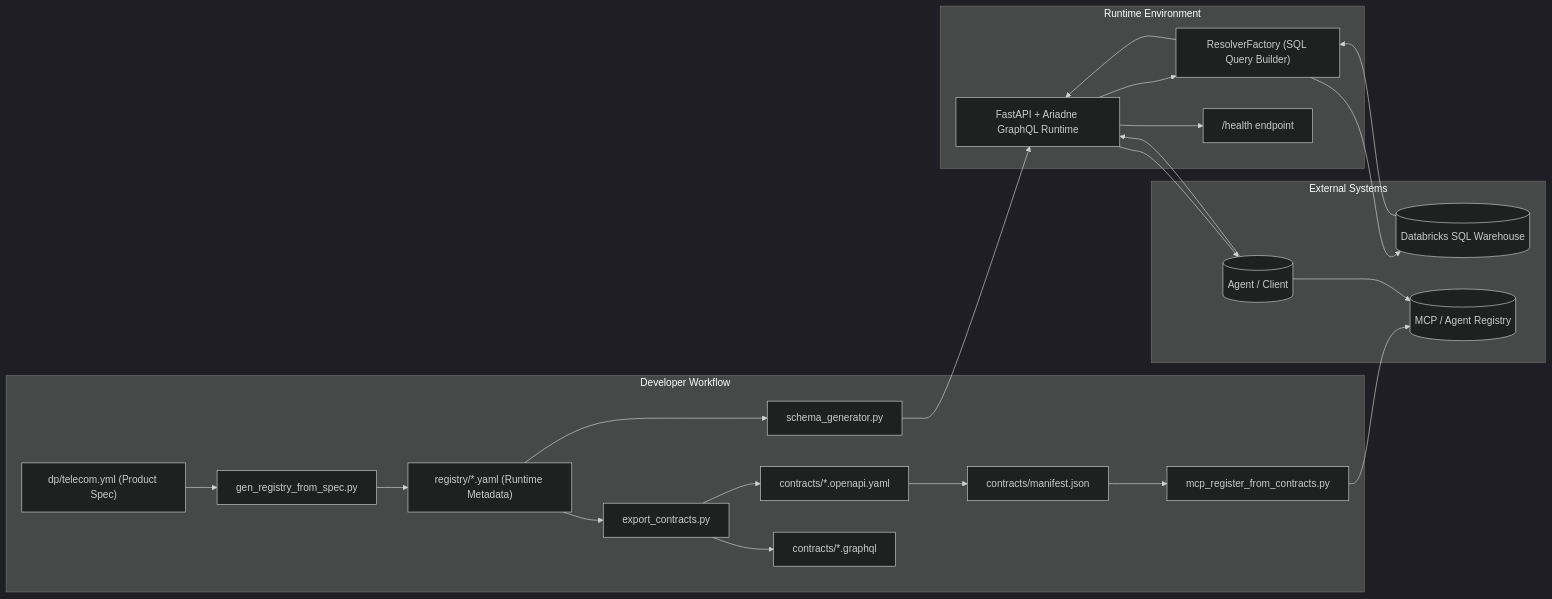
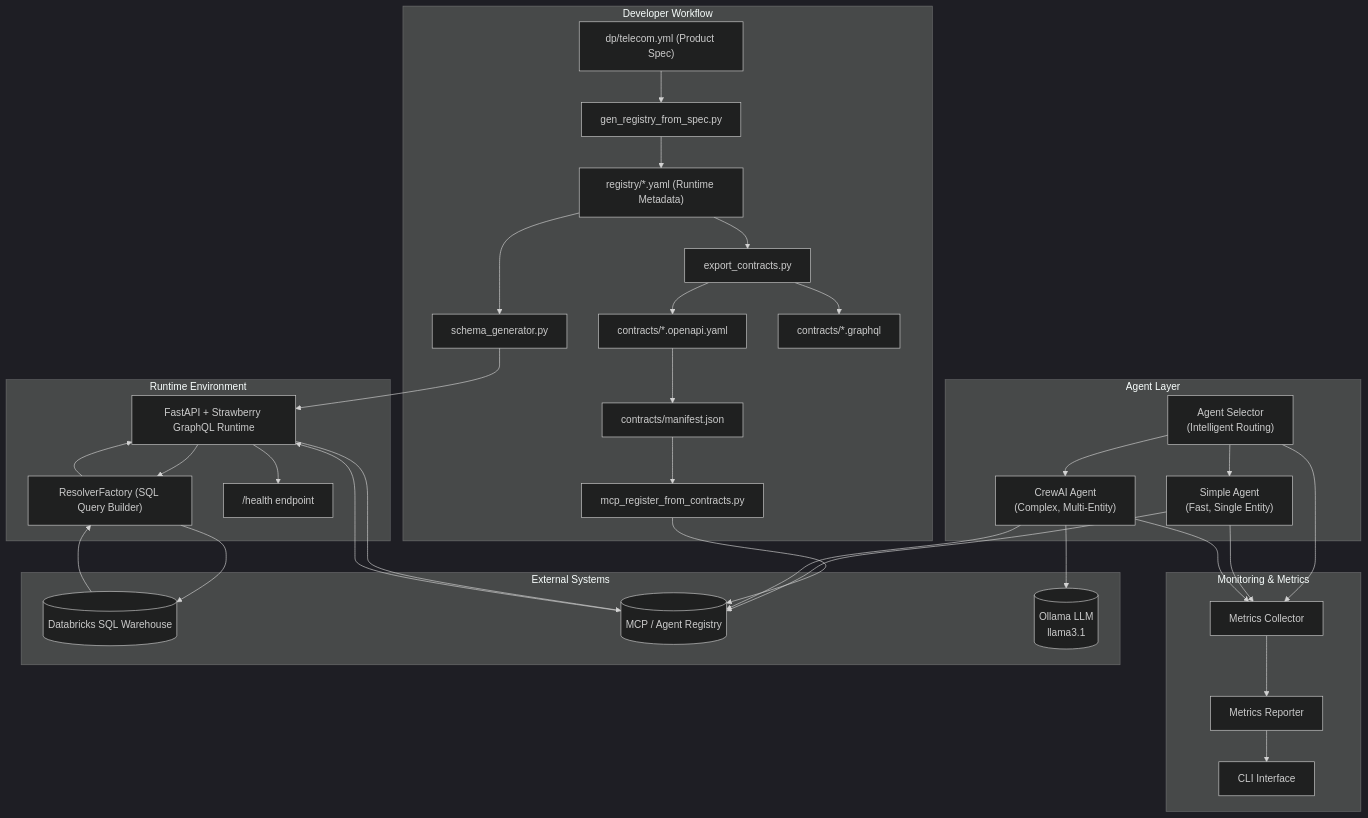
One commit to pmsrao/io-telco changed the second of 2 diagrams in docs/architecture_and_dataflow.md. Above: the diagram before and after it, drawn with Mermaid (dark theme). The commit also changed other lines of this file and 34 other files, not shown here.

Commit message:
Refactor architecture and improve agent performance monitoring

````diff
--- a/docs/architecture_and_dataflow.md
+++ b/docs/architecture_and_dataflow.md
@@ -47,35 +72,59 @@
 ```mermaid
-flowchart LR
+flowchart TD
   subgraph Dev["Developer Workflow"]
     Spec["dp/telecom.yml (Product Spec)"]
     Gen["gen_registry_from_spec.py"]
     Reg["registry/*.yaml (Runtime Metadata)"]
     SG["schema_generator.py"]
     Exp["export_contracts.py"]
     OAS["contracts/*.openapi.yaml"]
     SDL["contracts/*.graphql"]
     Man["contracts/manifest.json"]
     RegScript["mcp_register_from_contracts.py"]
   end
 
   subgraph Runtime["Runtime Environment"]
-    API["FastAPI + Ariadne GraphQL Runtime"]
+    API["FastAPI + Strawberry GraphQL Runtime"]
     RF["ResolverFactory (SQL Query Builder)"]
     Health["/health endpoint"]
+  end
+
+  subgraph AgentLayer["Agent Layer"]
+    AS["Agent Selector<br/>(Intelligent Routing)"]
+    SA["Simple Agent<br/>(Fast, Single Entity)"]
+    CA["CrewAI Agent<br/>(Complex, Multi-Entity)"]
+  end
+
+  subgraph Monitoring["Monitoring & Metrics"]
+    MC["Metrics Collector"]
+    MR["Metrics Reporter"]
+    CLI["CLI Interface"]
   end
 
   subgraph Infra["External Systems"]
     DB[(Databricks SQL Warehouse)]
     MCP[(MCP / Agent Registry)]
-    Agent[(Agent / Client)]
+    Ollama[(Ollama LLM<br/>llama3.1)]
   end
 
   Spec --> Gen --> Reg --> SG --> API
   Reg --> Exp --> SDL
   Exp --> OAS --> Man --> RegScript --> MCP
   API --> RF --> DB
   API --> Health
-  Agent --> MCP
-  Agent --> API
-  DB --> RF --> API --> Agent
+  
+  AS --> SA
+  AS --> CA
+  SA --> MCP
+  CA --> MCP
+  CA --> Ollama
+  
+  MCP --> API
+  DB --> RF --> API --> MCP
+  
+  AS --> MC
+  SA --> MC
+  CA --> MC
+  MC --> MR
+  MR --> CLI
 ```
````
